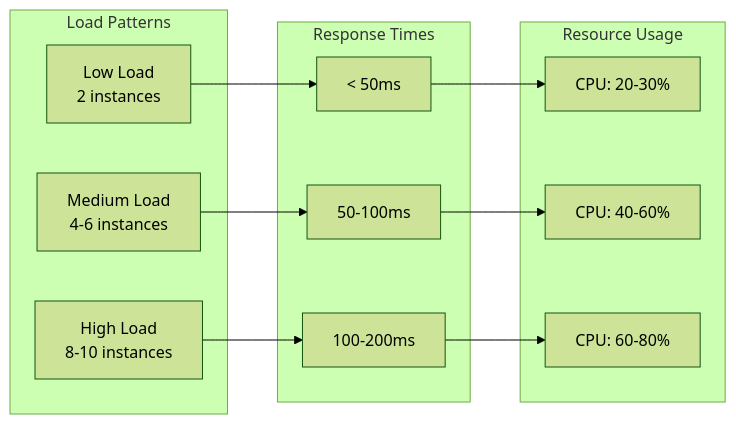
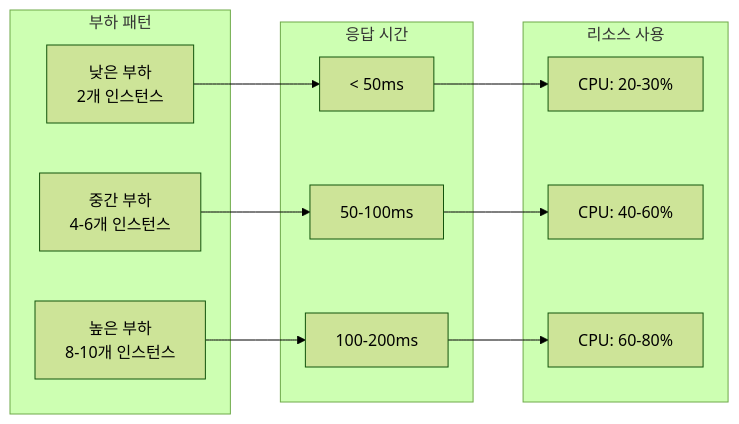
Before and after one commit to byeongyuseob/techup: the fourth of 4 diagrams in README.md, drawn with Mermaid (forest theme). The commit also changed other lines of this file, not shown here.

````diff
--- a/README.md
+++ b/README.md
@@ -164,24 +164,24 @@
 ```mermaid
 graph LR
-    subgraph "Load Patterns"
-        L1[Low Load<br/>2 instances]
-        L2[Medium Load<br/>4-6 instances]
-        L3[High Load<br/>8-10 instances]
+    subgraph "부하 패턴"
+        L1[낮은 부하<br/>2개 인스턴스]
+        L2[중간 부하<br/>4-6개 인스턴스]
+        L3[높은 부하<br/>8-10개 인스턴스]
     end
 
-    subgraph "Response Times"
+    subgraph "응답 시간"
         R1[< 50ms]
         R2[50-100ms]
         R3[100-200ms]
     end
 
-    subgraph "Resource Usage"
+    subgraph "리소스 사용"
         U1[CPU: 20-30%]
         U2[CPU: 40-60%]
         U3[CPU: 60-80%]
     end
 
     L1 --> R1 --> U1
     L2 --> R2 --> U2
     L3 --> R3 --> U3
 ```
````
